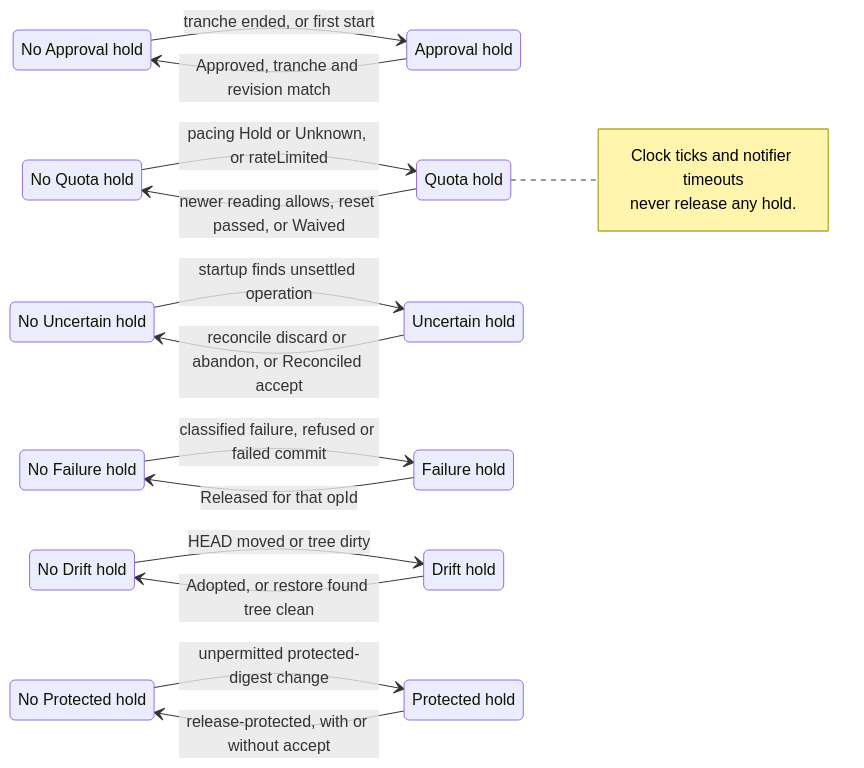
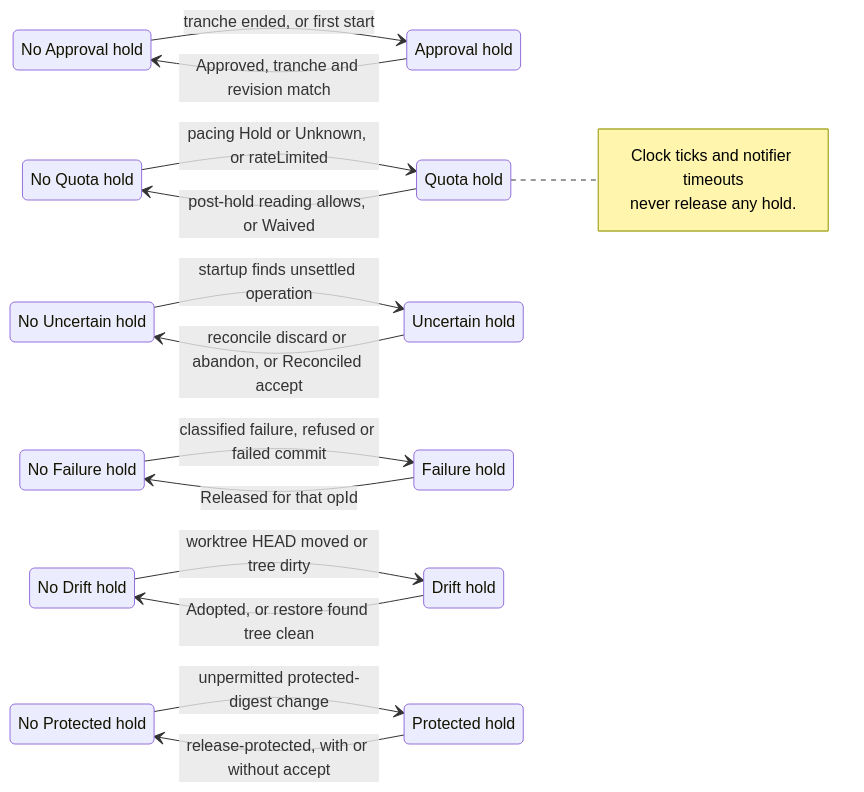
One commit to Ethan826/foreman changed the third of 4 diagrams in docs/how-it-works.md. Above: the diagram before and after it, drawn with Mermaid. The commit also changed other lines of this file and 3 other files, not shown here.

````diff
--- a/docs/how-it-works.md
+++ b/docs/how-it-works.md
@@ -125,39 +126,39 @@
 ```mermaid
 stateDiagram-v2
     direction LR
     state "No Approval hold" as A0
     state "Approval hold" as A1
     state "No Quota hold" as Q0
     state "Quota hold" as Q1
     state "No Uncertain hold" as U0
     state "Uncertain hold" as U1
     state "No Failure hold" as F0
     state "Failure hold" as F1
     state "No Drift hold" as D0
     state "Drift hold" as D1
     state "No Protected hold" as P0
     state "Protected hold" as P1
 
     A0 --> A1: tranche ended, or first start
     A1 --> A0: Approved, tranche and revision match
 
     Q0 --> Q1: pacing Hold or Unknown, or rateLimited
-    Q1 --> Q0: newer reading allows, reset passed, or Waived
+    Q1 --> Q0: post-hold reading allows, or Waived
 
     U0 --> U1: startup finds unsettled operation
     U1 --> U0: reconcile discard or abandon, or Reconciled accept
 
     F0 --> F1: classified failure, refused or failed commit
     F1 --> F0: Released for that opId
 
-    D0 --> D1: HEAD moved or tree dirty
+    D0 --> D1: worktree HEAD moved or tree dirty
     D1 --> D0: Adopted, or restore found tree clean
 
     P0 --> P1: unpermitted protected-digest change
     P1 --> P0: release-protected, with or without accept
 
     note right of Q1
         Clock ticks and notifier timeouts
         never release any hold.
     end note
 ```
````
